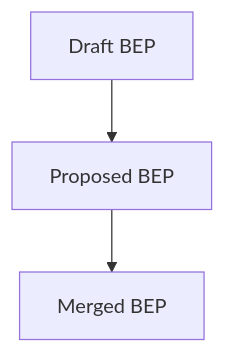
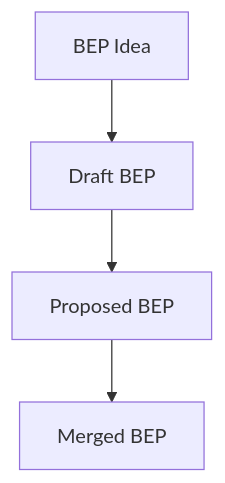
Before and after one commit to bids-standard/bids-website: the second of 6 diagrams in docs/extensions/process.md, drawn with Mermaid. The commit also changed other lines of this file and 1 other file, not shown here.

Commit message:
BEP Process WG updates (#831)

````diff
--- a/docs/extensions/process.md
+++ b/docs/extensions/process.md
@@ -84,9 +92,10 @@
 ```mermaid
 flowchart TD
 
+bep_idea[BEP Idea]
 draft_bep[Draft BEP]
 proposed_bep[Proposed BEP]
 merged_bep[Merged BEP]
 
-draft_bep --> proposed_bep --> merged_bep
+bep_idea --> draft_bep --> proposed_bep --> merged_bep
 ```
````
